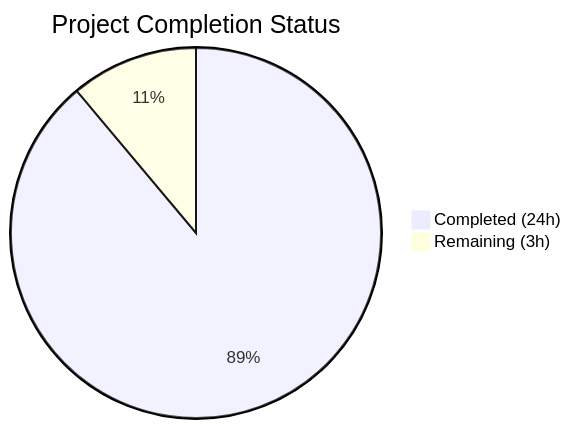
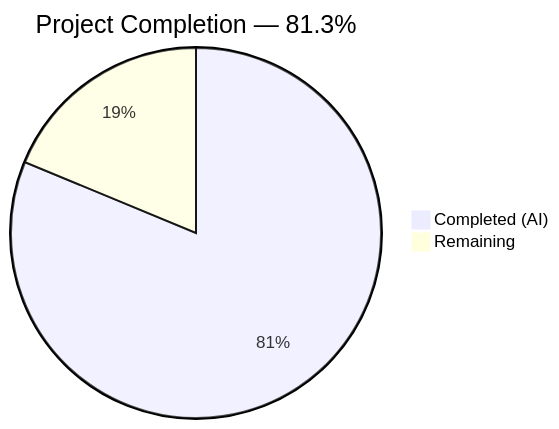
One commit to TestadoBlitzy/Existing-product changed the first of 2 diagrams in blitzy/documentation/Project Guide.md. Above: the diagram before and after it, drawn with Mermaid. The commit also changed other lines of this file, not shown here.

Commit message:
Adding Blitzy Project Guide: Project Status and Human Tasks Remaining

````diff
--- a/blitzy/documentation/Project Guide.md
+++ b/blitzy/documentation/Project Guide.md
@@ -11,5 +13,5 @@
 ```mermaid
-pie title Project Completion Status
-    "Completed (24h)" : 24
-    "Remaining (3h)" : 3
+pie title Project Completion — 81.3%
+    "Completed (AI)" : 6.5
+    "Remaining" : 1.5
 ```
````
